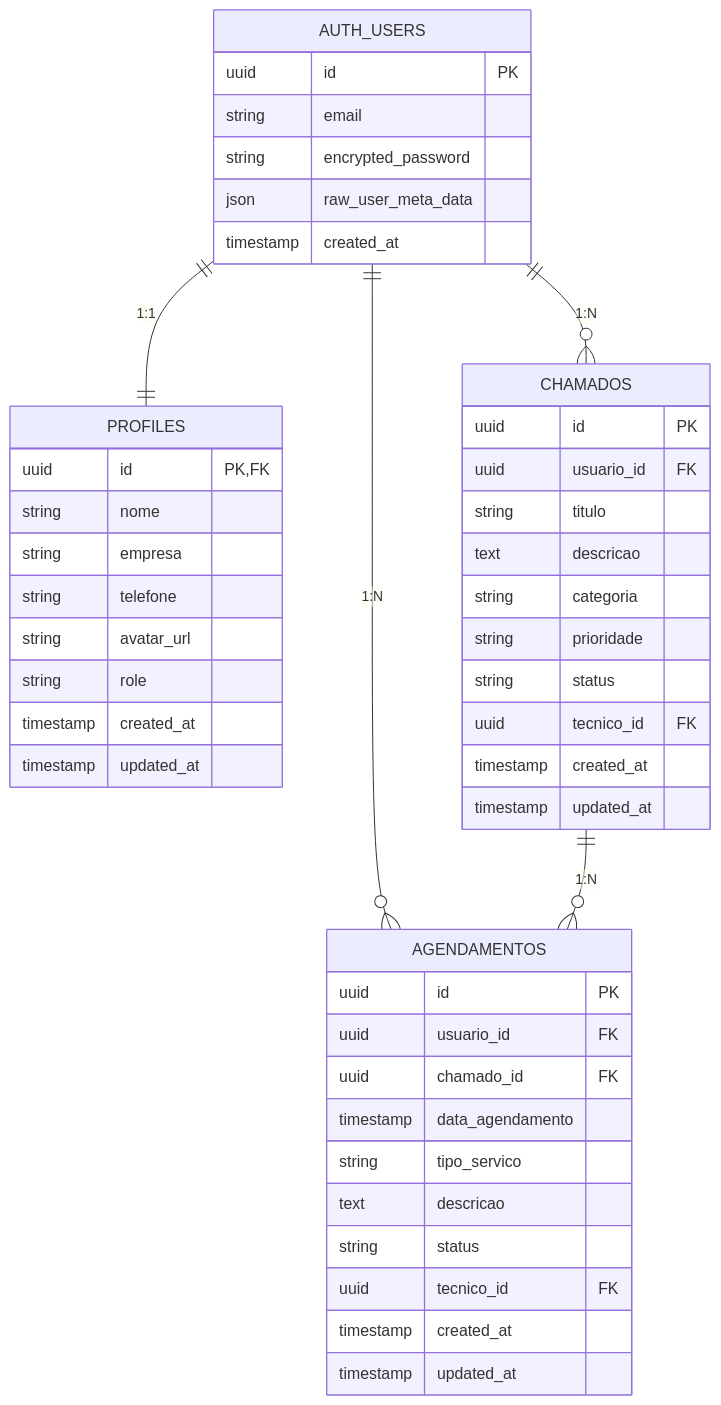
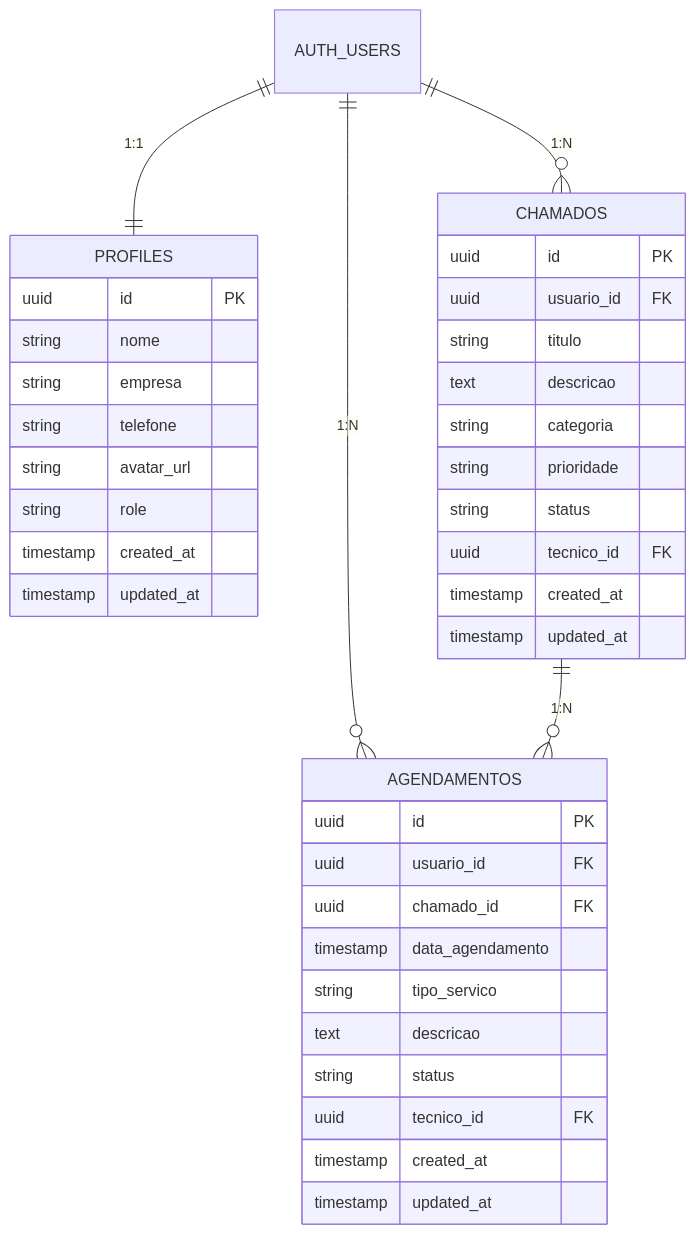
One commit to AlessandroWindson/agile-desk-system changed the diagram in README.md. Above: the diagram before and after it, drawn with Mermaid. The commit also changed other lines of this file and 10 other files, not shown here.

````diff
--- a/README.md
+++ b/README.md
@@ -561,52 +522,44 @@
 ```mermaid
 erDiagram
     AUTH_USERS ||--|| PROFILES : "1:1"
     AUTH_USERS ||--o{ CHAMADOS : "1:N"
     AUTH_USERS ||--o{ AGENDAMENTOS : "1:N" 
     CHAMADOS ||--o{ AGENDAMENTOS : "1:N"
     
-    AUTH_USERS {
+    PROFILES {
         uuid id PK
-        string email
-        string encrypted_password
-        json raw_user_meta_data
-        timestamp created_at
-    }
-    
-    PROFILES {
-        uuid id PK,FK
         string nome
         string empresa
         string telefone
         string avatar_url
         string role
         timestamp created_at
         timestamp updated_at
     }
     
     CHAMADOS {
         uuid id PK
         uuid usuario_id FK
         string titulo
         text descricao
         string categoria
         string prioridade
         string status
         uuid tecnico_id FK
         timestamp created_at
         timestamp updated_at
     }
     
     AGENDAMENTOS {
         uuid id PK
         uuid usuario_id FK
         uuid chamado_id FK
         timestamp data_agendamento
         string tipo_servico
         text descricao
         string status
         uuid tecnico_id FK
         timestamp created_at
         timestamp updated_at
     }
 ```
````
